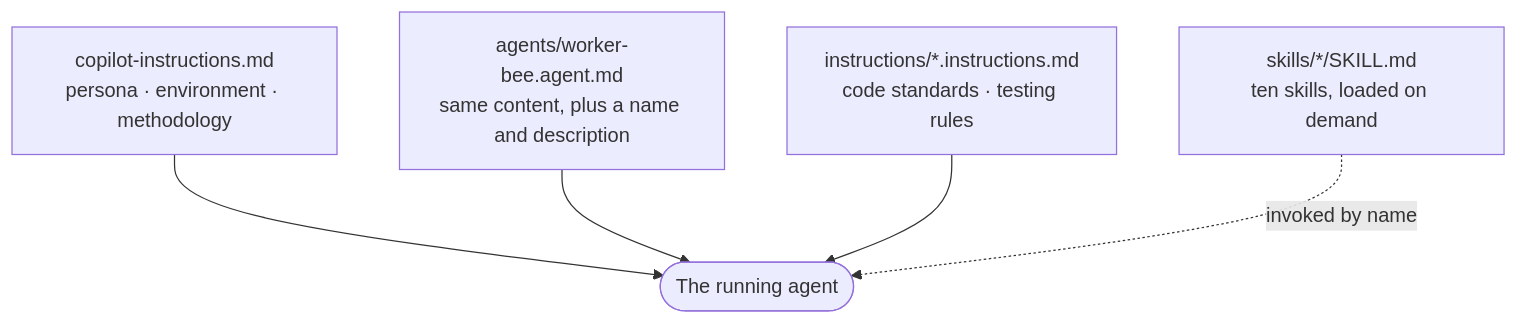
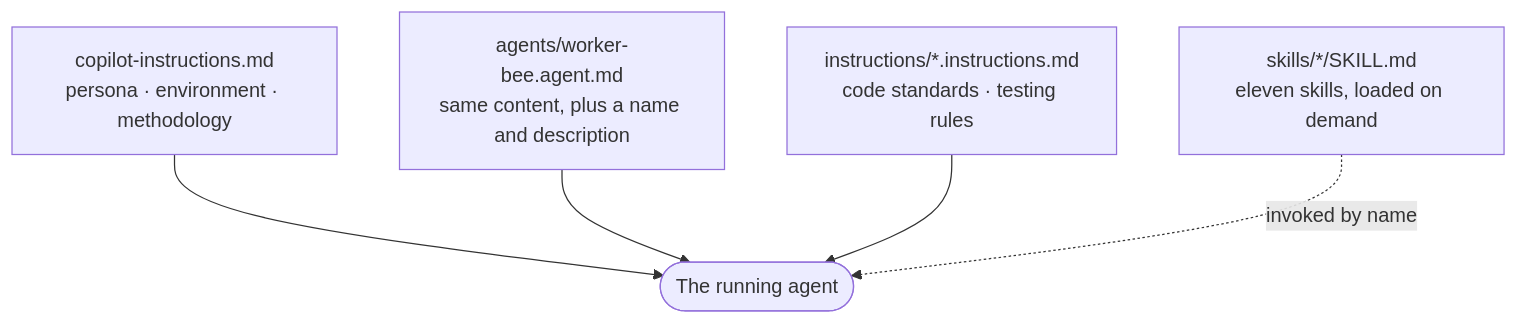
The first of 2 diagrams in docs/agents/readme.md (cybersemics/em), drawn with Mermaid before and after one commit. The commit also changed other lines of this file and 5 other files, not shown here.

First line of the commit message:
docs(agents): add MCP server doc, and link the agent docs throughout

````diff
--- a/docs/agents/readme.md
+++ b/docs/agents/readme.md
@@ -27,13 +28,18 @@
 ```mermaid
 flowchart TD
     CI["copilot-instructions.md<br/>persona · environment · methodology"]
     WB["agents/worker-bee.agent.md<br/>same content, plus a name and description"]
     INS["instructions/*.instructions.md<br/>code standards · testing rules"]
-    SK["skills/*/SKILL.md<br/>ten skills, loaded on demand"]
+    SK["skills/*/SKILL.md<br/>eleven skills, loaded on demand"]
     RUN(["The running agent"])
 
     CI --> RUN
     WB --> RUN
     INS --> RUN
     SK -.invoked by name.-> RUN
+
+    click CI "../../.github/copilot-instructions.md" "Open copilot-instructions.md"
+    click WB "../../.github/agents/worker-bee.agent.md" "Open worker-bee.agent.md"
+    click INS "../../.github/instructions/" "Open the instructions folder"
+    click SK "skills.md" "All eleven skills"
 ```
````
